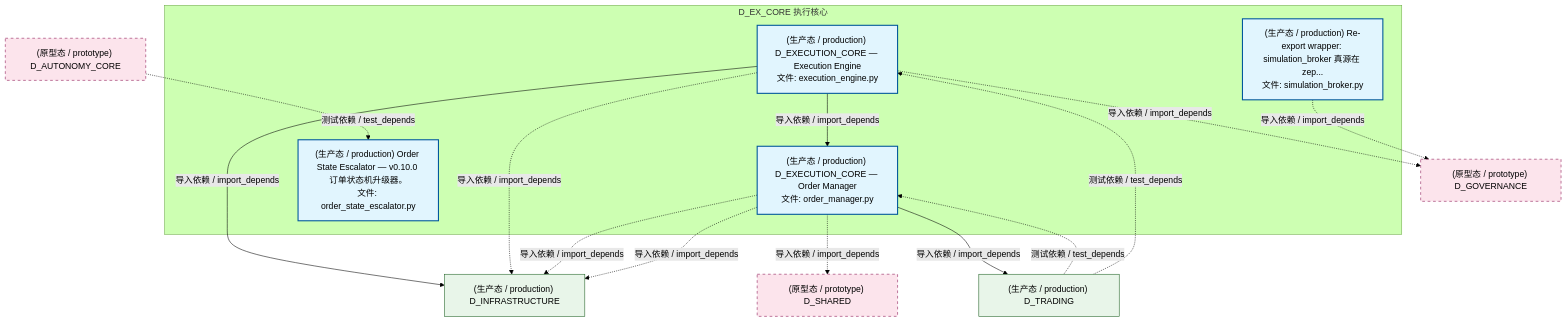
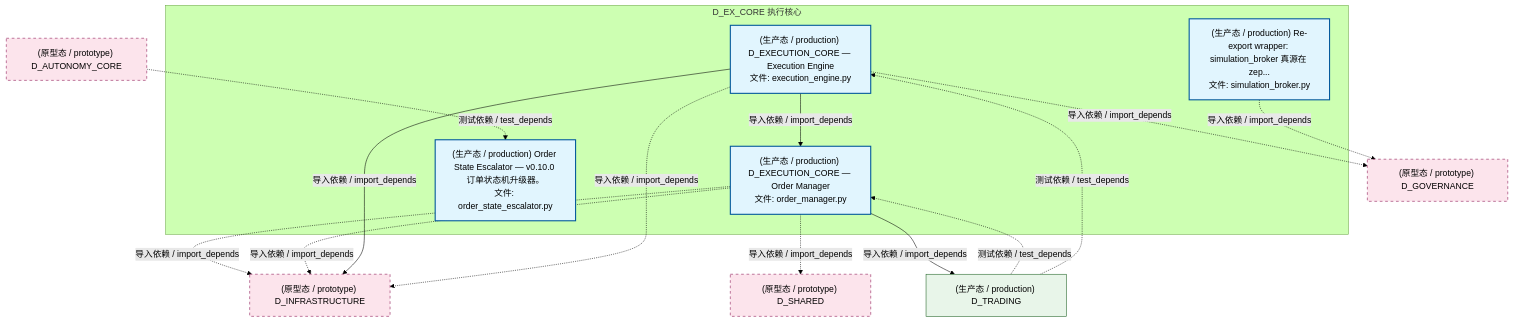
Before and after one commit to xuanFelixVan/ZephyrAlpha: the second of 5 diagrams in docs/02_enterprise_architecture/02_domain_architecture_docs/34_d_ex_core.md, drawn with Mermaid (forest theme). The commit also changed other lines of this file and 125 other files, not shown here.

````diff
--- a/docs/02_enterprise_architecture/02_domain_architecture_docs/34_d_ex_core.md
+++ b/docs/02_enterprise_architecture/02_domain_architecture_docs/34_d_ex_core.md
@@ -159,33 +159,33 @@
 ```mermaid
 graph TD
     subgraph D_EX_CORE["D_EX_CORE 执行核心"]
         src_zephyr_ex_core_adapters_simulation_broker_py["(生产态 / production) Re-export wrapper: simulation_broker 真源在 zep...<br/>文件: simulation_broker.py"]
         src_zephyr_ex_core_execution_engine_py["(生产态 / production) D_EXECUTION_CORE — Execution Engine<br/>文件: execution_engine.py"]
         src_zephyr_ex_core_order_manager_py["(生产态 / production) D_EXECUTION_CORE — Order Manager<br/>文件: order_manager.py"]
         src_zephyr_governance_escalation_order_state_escalator_py["(生产态 / production) Order State Escalator — v0.10.0 订单状态机升级器。<br/>文件: order_state_escalator.py"]
     end
     src_zephyr_ex_core_execution_engine_py -->|导入依赖 / import_depends| src_zephyr_ex_core_order_manager_py
-    D_INFRASTRUCTURE["(生产态 / production) D_INFRASTRUCTURE"]
-    src_zephyr_ex_core_execution_engine_py -->|导入依赖 / import_depends| D_INFRASTRUCTURE
-    D_GOVERNANCE["(原型态 / prototype) D_GOVERNANCE"]
-    src_zephyr_ex_core_execution_engine_py -.->|导入依赖 / import_depends| D_GOVERNANCE
-    src_zephyr_ex_core_execution_engine_py -.->|导入依赖 / import_depends| D_INFRASTRUCTURE
+    D_INFRASTRUCTURE["(原型态 / prototype) D_INFRASTRUCTURE"]
     src_zephyr_ex_core_order_manager_py -.->|导入依赖 / import_depends| D_INFRASTRUCTURE
     D_SHARED["(原型态 / prototype) D_SHARED"]
     src_zephyr_ex_core_order_manager_py -.->|导入依赖 / import_depends| D_SHARED
     D_TRADING["(生产态 / production) D_TRADING"]
     src_zephyr_ex_core_order_manager_py -->|导入依赖 / import_depends| D_TRADING
     src_zephyr_ex_core_order_manager_py -.->|导入依赖 / import_depends| D_INFRASTRUCTURE
+    src_zephyr_ex_core_execution_engine_py -->|导入依赖 / import_depends| D_INFRASTRUCTURE
+    D_GOVERNANCE["(原型态 / prototype) D_GOVERNANCE"]
+    src_zephyr_ex_core_execution_engine_py -.->|导入依赖 / import_depends| D_GOVERNANCE
     src_zephyr_ex_core_adapters_simulation_broker_py -.->|导入依赖 / import_depends| D_GOVERNANCE
+    src_zephyr_ex_core_execution_engine_py -.->|导入依赖 / import_depends| D_INFRASTRUCTURE
     D_TRADING -.->|测试依赖 / test_depends| src_zephyr_ex_core_order_manager_py
     D_AUTONOMY_CORE["(原型态 / prototype) D_AUTONOMY_CORE"]
     D_AUTONOMY_CORE -.->|测试依赖 / test_depends| src_zephyr_governance_escalation_order_state_escalator_py
     D_TRADING -.->|测试依赖 / test_depends| src_zephyr_ex_core_execution_engine_py
     classDef production fill:#e1f5fe,stroke:#01579b,stroke-width:2px,color:#000
     classDef design fill:#fff3e0,stroke:#e65100,stroke-width:2px,color:#000,stroke-dasharray: 5 5
     classDef external_prod fill:#e8f5e9,stroke:#1b5e20,stroke-width:1px,color:#000
     classDef external_design fill:#fce4ec,stroke:#880e4f,stroke-width:1px,color:#000,stroke-dasharray: 5 5
     class src_zephyr_ex_core_adapters_simulation_broker_py,src_zephyr_ex_core_execution_engine_py,src_zephyr_ex_core_order_manager_py,src_zephyr_governance_escalation_order_state_escalator_py production
-    class D_INFRASTRUCTURE,D_TRADING external_prod
-    class D_GOVERNANCE,D_SHARED,D_AUTONOMY_CORE external_design
+    class D_TRADING external_prod
+    class D_INFRASTRUCTURE,D_SHARED,D_GOVERNANCE,D_AUTONOMY_CORE external_design
 ```
````
